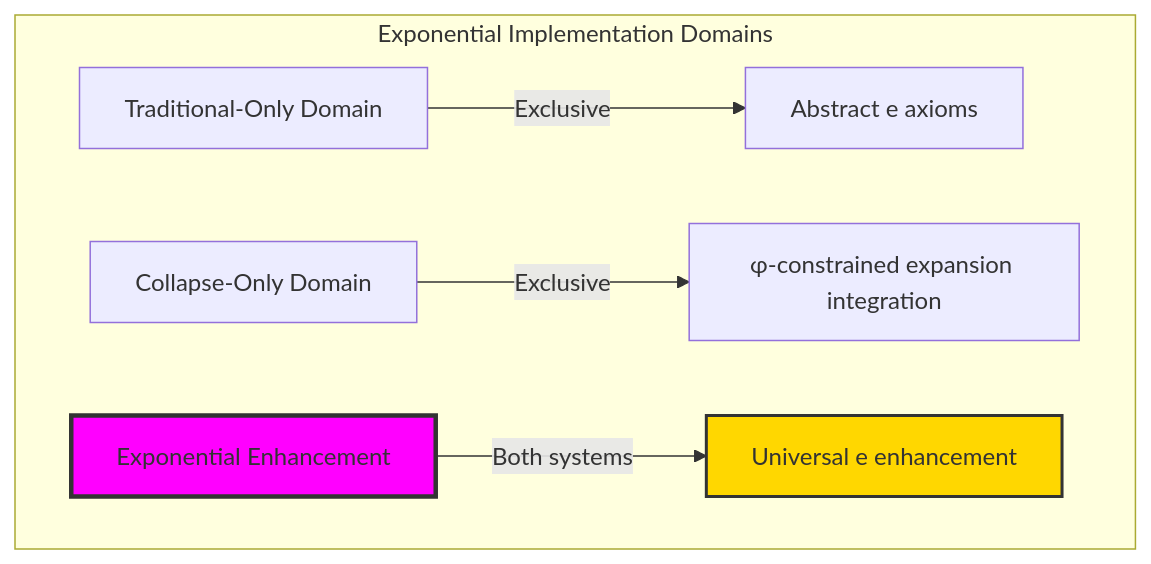
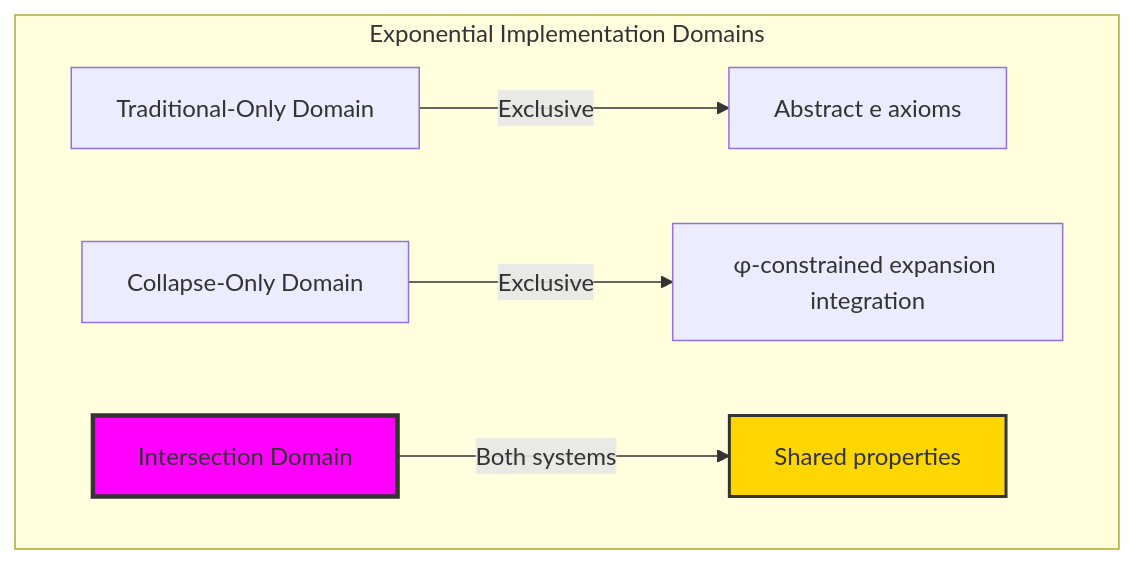
The first of 8 diagrams in docs/codex/volume-05-spectral-collapse/chapter-084-e-collapse.md (loning/the-binarymath), drawn with Mermaid before and after one commit. The commit also changed other lines of this file and 9 other files, not shown here.

````diff
--- a/docs/codex/volume-05-spectral-collapse/chapter-084-e-collapse.md
+++ b/docs/codex/volume-05-spectral-collapse/chapter-084-e-collapse.md
@@ -27,15 +27,15 @@
 ```mermaid
 graph TD
     subgraph "Exponential Implementation Domains"
         TD["Traditional-Only Domain"]
         CD["Collapse-Only Domain"] 
-        INT["Exponential Enhancement"]
+        INT["Intersection Domain"]
         
         TD --> |"Exclusive"| ABSTRACT["Abstract e axioms"]
         CD --> |"Exclusive"| STRUCTURAL["φ-constrained expansion integration"]
-        INT --> |"Both systems"| UNIVERSAL["Universal e enhancement"]
+        INT --> |"Both systems"| UNIVERSAL["Shared properties"]
         
         style INT fill:#f0f,stroke:#333,stroke-width:3px
         style UNIVERSAL fill:#ffd700,stroke:#333,stroke-width:2px
     end
 ```
````
